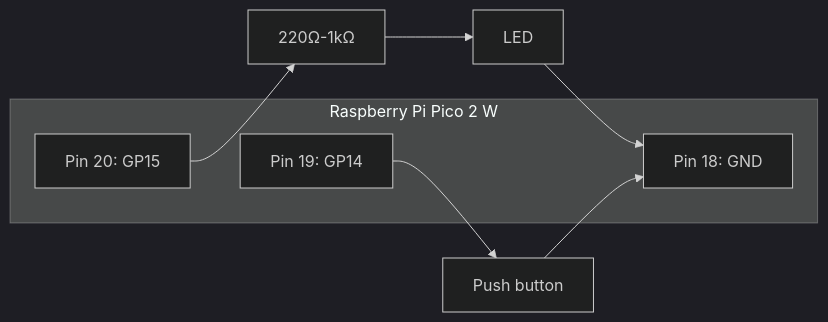
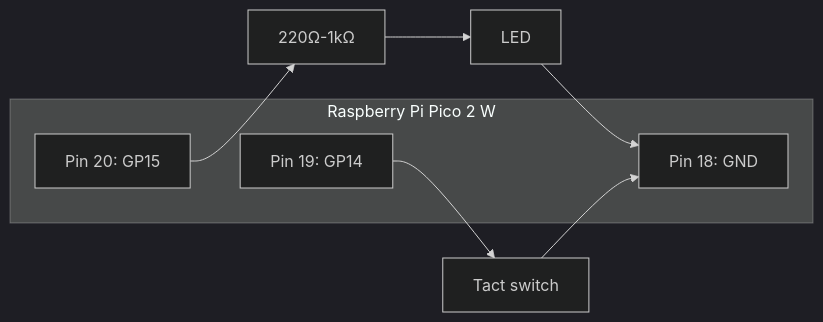
The diagram in slides/lecture02_assembly_handson_restructured.md (koide55/iot-handson001), drawn with Mermaid (dark theme) before and after one commit. The commit also changed other lines of this file and 1 other file, not shown here.

````diff
--- a/slides/lecture02_assembly_handson_restructured.md
+++ b/slides/lecture02_assembly_handson_restructured.md
@@ -110,19 +134,19 @@
 ```mermaid
 flowchart LR
     subgraph P["Raspberry Pi Pico 2 W"]
         P20["Pin 20: GP15"]
         P19["Pin 19: GP14"]
         P18["Pin 18: GND"]
     end
 
     R["220Ω-1kΩ"]
     LED["LED"]
-    SW["Push button"]
+    SW["Tact switch"]
 
     P20 --> R
     R --> LED
     LED --> P18
 
     P19 --> SW
     SW --> P18
 ```
````
